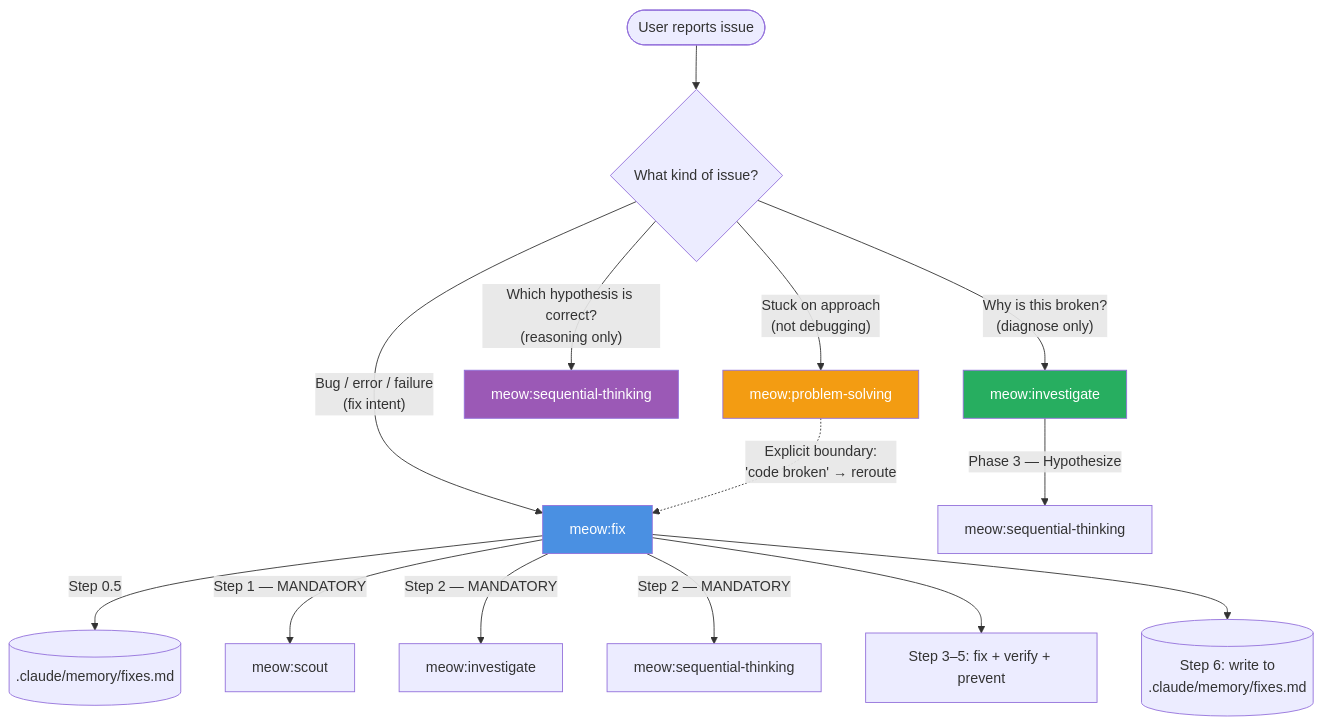
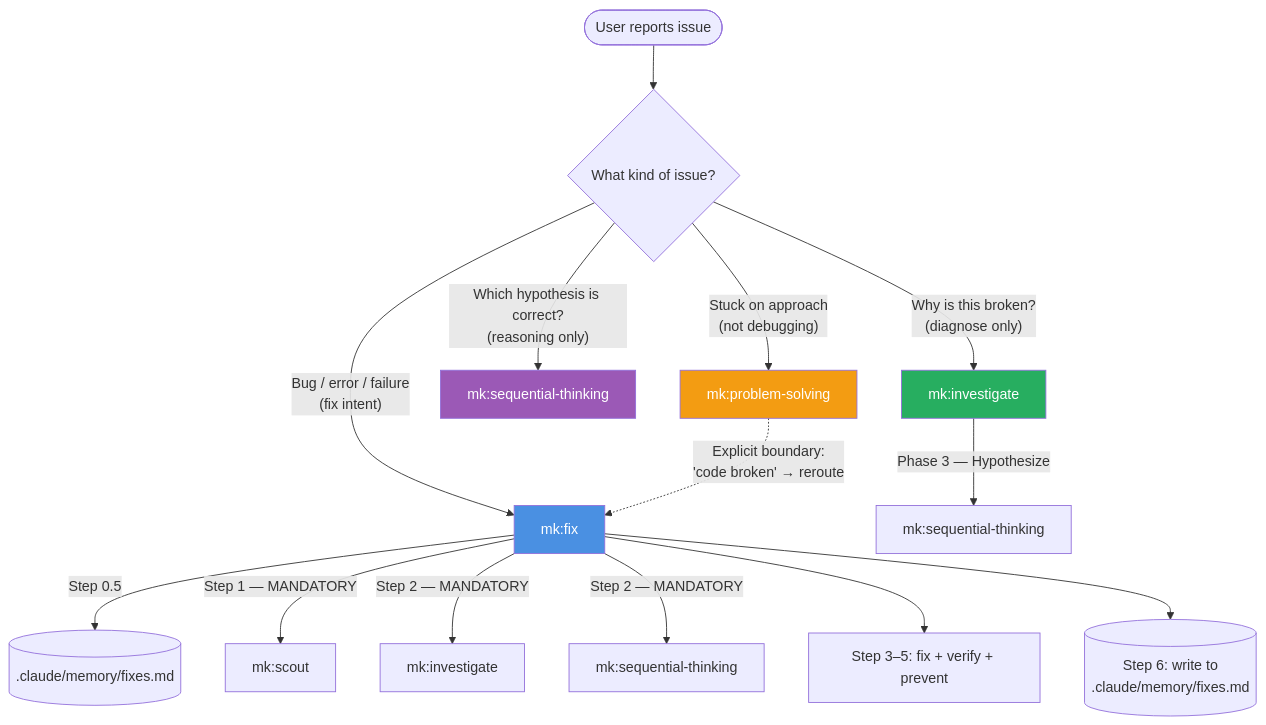
Before and after one commit to ngocsangyem/MeowKit: the first of 7 diagrams in website/guide/debugging-skills-decision-guide.md, drawn with Mermaid. The commit also changed other lines of this file and 1235 other files, not shown here.

````diff
--- a/website/guide/debugging-skills-decision-guide.md
+++ b/website/guide/debugging-skills-decision-guide.md
@@ -30,25 +30,25 @@
 ```mermaid
 flowchart TD
     USER([User reports issue]) --> TRIAGE{What kind of issue?}
 
-    TRIAGE -->|"Bug / error / failure<br/>(fix intent)"| FIX[meow:fix]
-    TRIAGE -->|"Why is this broken?<br/>(diagnose only)"| INV[meow:investigate]
-    TRIAGE -->|"Which hypothesis is correct?<br/>(reasoning only)"| SEQ[meow:sequential-thinking]
-    TRIAGE -->|"Stuck on approach<br/>(not debugging)"| PS[meow:problem-solving]
+    TRIAGE -->|"Bug / error / failure<br/>(fix intent)"| FIX[mk:fix]
+    TRIAGE -->|"Why is this broken?<br/>(diagnose only)"| INV[mk:investigate]
+    TRIAGE -->|"Which hypothesis is correct?<br/>(reasoning only)"| SEQ[mk:sequential-thinking]
+    TRIAGE -->|"Stuck on approach<br/>(not debugging)"| PS[mk:problem-solving]
 
     FIX -->|Step 0.5| MEM[(.claude/memory/fixes.md)]
-    FIX -->|"Step 1 — MANDATORY"| SCOUT[meow:scout]
-    FIX -->|"Step 2 — MANDATORY"| INV2[meow:investigate]
-    FIX -->|"Step 2 — MANDATORY"| SEQ2[meow:sequential-thinking]
+    FIX -->|"Step 1 — MANDATORY"| SCOUT[mk:scout]
+    FIX -->|"Step 2 — MANDATORY"| INV2[mk:investigate]
+    FIX -->|"Step 2 — MANDATORY"| SEQ2[mk:sequential-thinking]
     FIX --> FIX_IMPL[Step 3–5: fix + verify + prevent]
     FIX --> LEARN[("Step 6: write to<br/>.claude/memory/fixes.md")]
 
-    INV -->|"Phase 3 — Hypothesize"| SEQ3[meow:sequential-thinking]
+    INV -->|"Phase 3 — Hypothesize"| SEQ3[mk:sequential-thinking]
 
     PS -.->|Explicit boundary:<br/>'code broken' → reroute| FIX
 
     style FIX fill:#4a90e2,color:#fff
     style PS fill:#f39c12,color:#fff
     style INV fill:#27ae60,color:#fff
     style SEQ fill:#9b59b6,color:#fff
 ```
````
